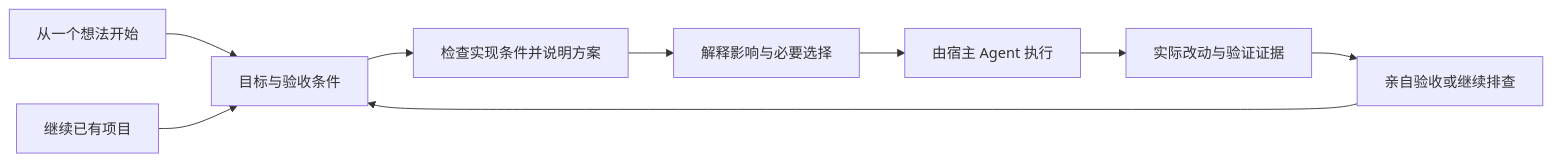
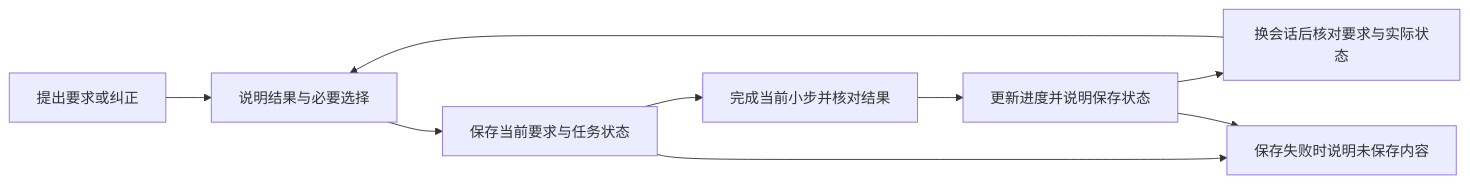
The diagram in docs/PRODUCT_DESIGN.md (wwyking123/VibeGuide), drawn with Mermaid before and after one commit. The commit also changed other lines of this file and 54 other files, not shown here.

````diff
--- a/docs/PRODUCT_DESIGN.md
+++ b/docs/PRODUCT_DESIGN.md
@@ -60,11 +57,11 @@
 ```mermaid
 flowchart LR
-  A[从一个想法开始] --> C[目标与验收条件]
-  B[继续已有项目] --> C
-  C --> E[检查实现条件并说明方案]
-  E --> F[解释影响与必要选择]
-  F --> G[由宿主 Agent 执行]
-  G --> H[实际改动与验证证据]
-  H --> I[亲自验收或继续排查]
-  I --> C
+    A[提出要求或纠正] --> B[说明结果与必要选择]
+    B --> C[保存当前要求与任务状态]
+    C --> D[完成当前小步并核对结果]
+    D --> E[更新进度并说明保存状态]
+    E --> F[换会话后核对要求与实际状态]
+    F --> B
+    C --> G[保存失败时说明未保存内容]
+    E --> G
 ```
````
